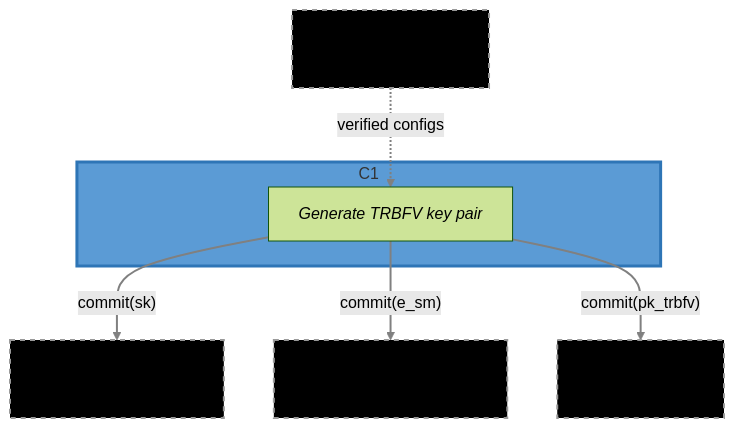
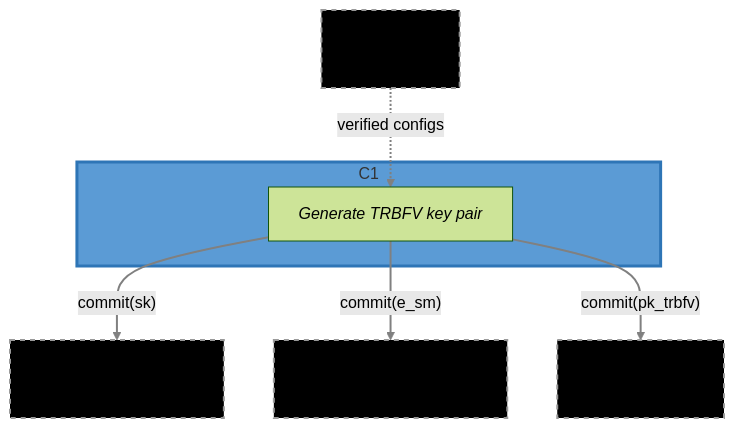
One commit to gnosisguild/enclave changed the diagram in circuits/bin/threshold/pk_generation/README.md. Above: the diagram before and after it, drawn with Mermaid (forest theme). The commit also changed other lines of this file and 8 other files, not shown here.

````diff
--- a/circuits/bin/threshold/pk_generation/README.md
+++ b/circuits/bin/threshold/pk_generation/README.md
@@ -13,25 +13,25 @@
 ```mermaid
 flowchart TD
-    %% Input from Phase 0
-    Input0["P0<br>Configs Verification"] -.->|"verified configs"| C1
+    %% Input from config circuit
+    Input0["Config<br>Verification"] -.->|"verified configs"| C1
 
     subgraph Focus["C1"]
         C1["<i>Generate TRBFV key pair</i>"]
     end
 
     %% Outputs to C2a, C2b, and C5
     C1 -->|"commit(sk)"| Output1["→ C2a<br>share-computation-sk"]
     C1 -->|"commit(e_sm)"| Output2["→ C2b<br>share-computation-e-sm"]
     C1 -->|"commit(pk_trbfv)"| Output3["→ C5<br>pk-aggregation"]
 
     style Focus fill:#5B9BD5,stroke:#2E75B6,stroke-width:3px
     style Input0 fill:#000000,stroke:#999,stroke-width:2px,stroke-dasharray: 5 5
     style Output1 fill:#000000,stroke:#999,stroke-width:2px,stroke-dasharray: 5 5
     style Output2 fill:#000000,stroke:#999,stroke-width:2px,stroke-dasharray: 5 5
     style Output3 fill:#000000,stroke:#999,stroke-width:2px,stroke-dasharray: 5 5
 
     linkStyle 0 stroke:#808080,stroke-width:2px
     linkStyle 1 stroke:#808080,stroke-width:2px
     linkStyle 2 stroke:#808080,stroke-width:2px
     linkStyle 3 stroke:#808080,stroke-width:2px
 ```
````
